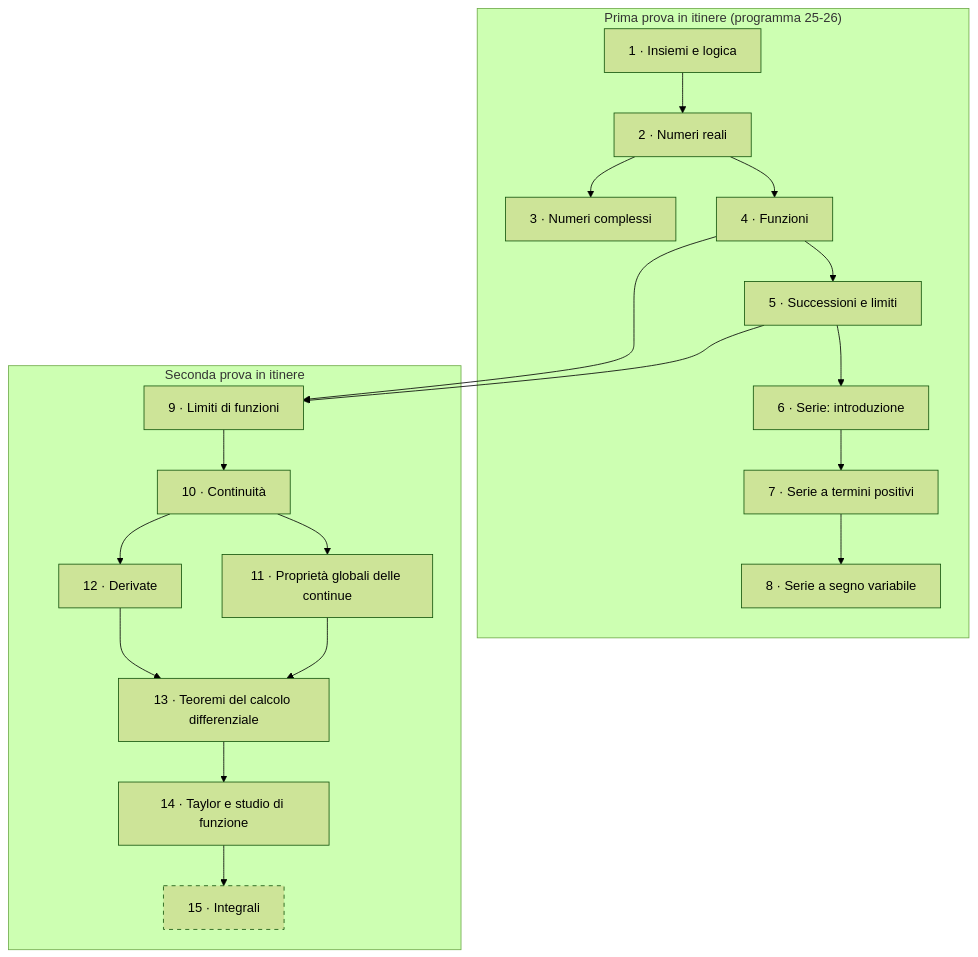
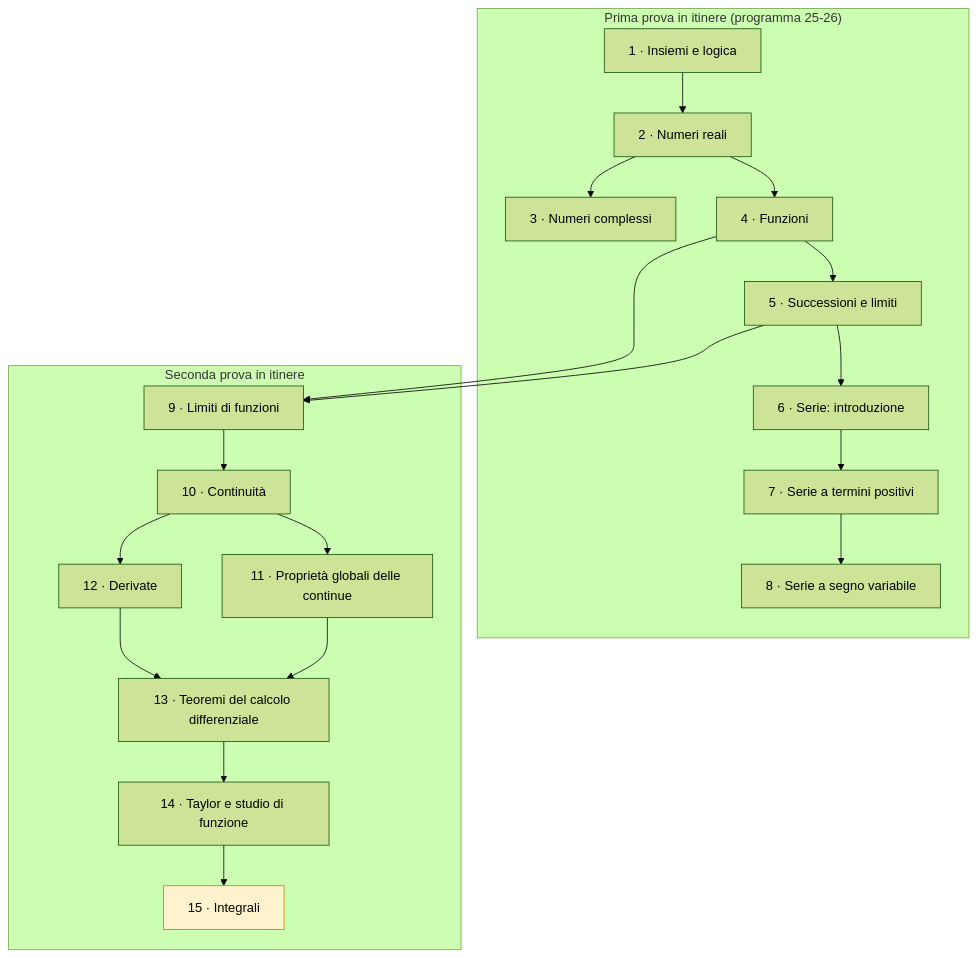
The diagram in 2026-2027/10_Analisi_1/00_MOC_Analisi_1.md (rikytomasoni-pixel/Studio), drawn with Mermaid (forest theme) before and after one commit. The commit also changed other lines of this file and 71 other files, not shown here.

````diff
--- a/2026-2027/10_Analisi_1/00_MOC_Analisi_1.md
+++ b/2026-2027/10_Analisi_1/00_MOC_Analisi_1.md
@@ -54,30 +54,30 @@
 ```mermaid
 flowchart TD
     subgraph P1["Prima prova in itinere (programma 25-26)"]
         B1["1 · Insiemi e logica"] --> B2["2 · Numeri reali"]
         B2 --> B3["3 · Numeri complessi"]
         B2 --> B4["4 · Funzioni"]
         B4 --> B5["5 · Successioni e limiti"]
         B5 --> B6["6 · Serie: introduzione"]
         B6 --> B7["7 · Serie a termini positivi"]
         B7 --> B8["8 · Serie a segno variabile"]
     end
     subgraph P2["Seconda prova in itinere"]
         B9["9 · Limiti di funzioni"] --> B10["10 · Continuità"]
         B10 --> B11["11 · Proprietà globali delle continue"]
         B10 --> B12["12 · Derivate"]
         B11 --> B13["13 · Teoremi del calcolo differenziale"]
         B12 --> B13
         B13 --> B14["14 · Taylor e studio di funzione"]
         B14 --> B15["15 · Integrali"]
     end
     B5 --> B9
     B4 --> B9
 
     classDef fatto fill:#c8e6c9,stroke:#2e7d32,color:#000
     classDef corso fill:#fff3cd,stroke:#b8860b,color:#000
     classDef futuro stroke-dasharray: 5 5
-    class B15 futuro
+    class B15 corso
     %% class B1,B2 fatto
     %% class B3 corso
 ```
````
